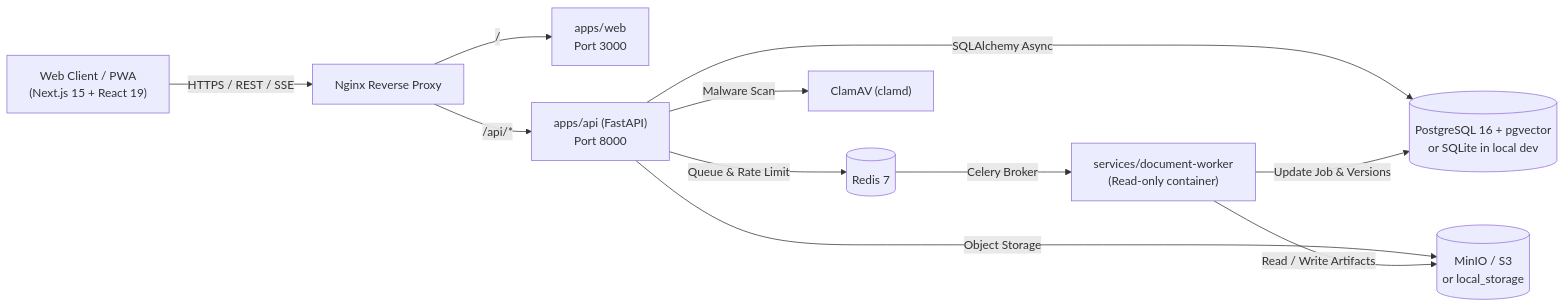
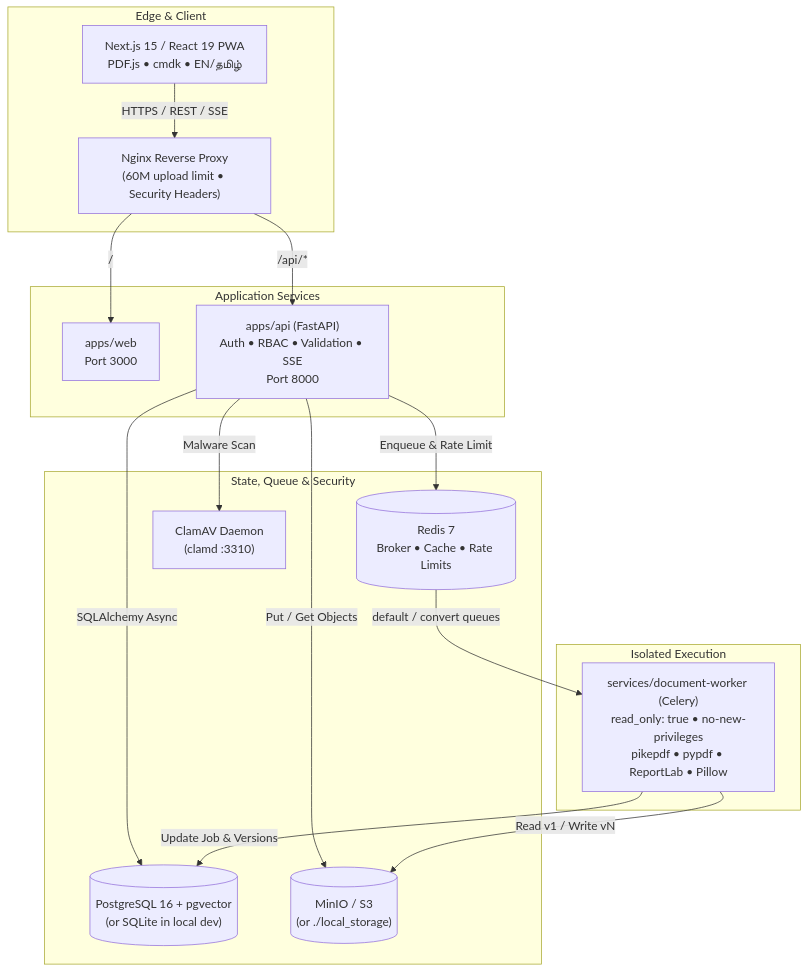
One commit to nanthishvaran17/DocuMind-AI changed the first of 3 diagrams in README.md. Above: the diagram before and after it, drawn with Mermaid. The commit also changed other lines of this file and 1 other file, not shown here.

Commit message:
docs: upgrade README with custom hero banner, diagrams, and architecture reference

````diff
--- a/README.md
+++ b/README.md
@@ -86,15 +99,34 @@
 ```mermaid
-flowchart LR
-    User["Web Client / PWA<br/>(Next.js 15 + React 19)"] -->|HTTPS / REST / SSE| Nginx["Nginx Reverse Proxy"]
-    Nginx -->|"/"| Web["apps/web<br/>Port 3000"]
-    Nginx -->|"/api/*"| API["apps/api (FastAPI)<br/>Port 8000"]
+flowchart TB
+    subgraph Edge["Edge & Client"]
+        Browser["Next.js 15 / React 19 PWA<br/>PDF.js • cmdk • EN/தமிழ்"]
+        Nginx["Nginx Reverse Proxy<br/>(60M upload limit • Security Headers)"]
+        Browser -->|HTTPS / REST / SSE| Nginx
+    end
 
-    API -->|SQLAlchemy Async| DB[("PostgreSQL 16 + pgvector<br/>or SQLite in local dev")]
-    API -->|Queue & Rate Limit| Redis[("Redis 7")]
-    API -->|Malware Scan| ClamAV["ClamAV (clamd)"]
-    API -->|Object Storage| S3[("MinIO / S3<br/>or local_storage")]
+    subgraph AppLayer["Application Services"]
+        Web["apps/web<br/>Port 3000"]
+        API["apps/api (FastAPI)<br/>Auth • RBAC • Validation • SSE<br/>Port 8000"]
+        Nginx -->|"/"| Web
+        Nginx -->|"/api/*"| API
+    end
 
-    Redis -->|Celery Broker| Worker["services/document-worker<br/>(Read-only container)"]
-    Worker -->|Read / Write Artifacts| S3
-    Worker -->|Update Job & Versions| DB
+    subgraph WorkerLayer["Isolated Execution"]
+        Worker["services/document-worker (Celery)<br/>read_only: true • no-new-privileges<br/>pikepdf • pypdf • ReportLab • Pillow"]
+    end
+
+    subgraph DataLayer["State, Queue & Security"]
+        DB[("PostgreSQL 16 + pgvector<br/>(or SQLite in local dev)")]
+        Redis[("Redis 7<br/>Broker • Cache • Rate Limits")]
+        S3[("MinIO / S3<br/>(or ./local_storage)")]
+        ClamAV["ClamAV Daemon<br/>(clamd :3310)"]
+    end
+
+    API -->|"SQLAlchemy Async"| DB
+    API -->|"Enqueue & Rate Limit"| Redis
+    API -->|"Malware Scan"| ClamAV
+    API -->|"Put / Get Objects"| S3
+    Redis -->|"default / convert queues"| Worker
+    Worker -->|"Read v1 / Write vN"| S3
+    Worker -->|"Update Job & Versions"| DB
 ```
````
